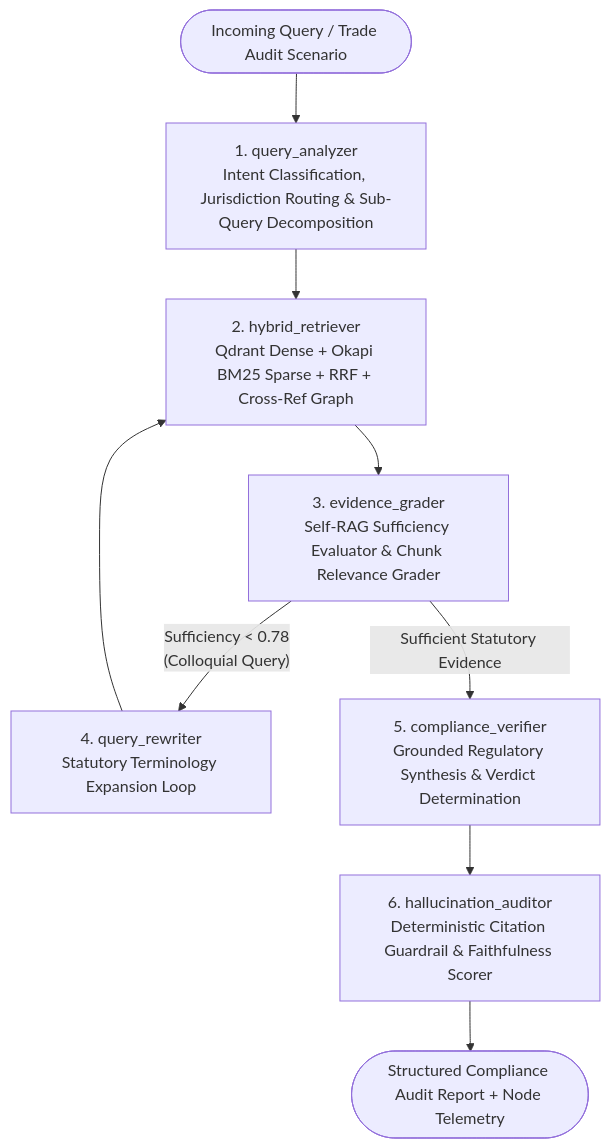
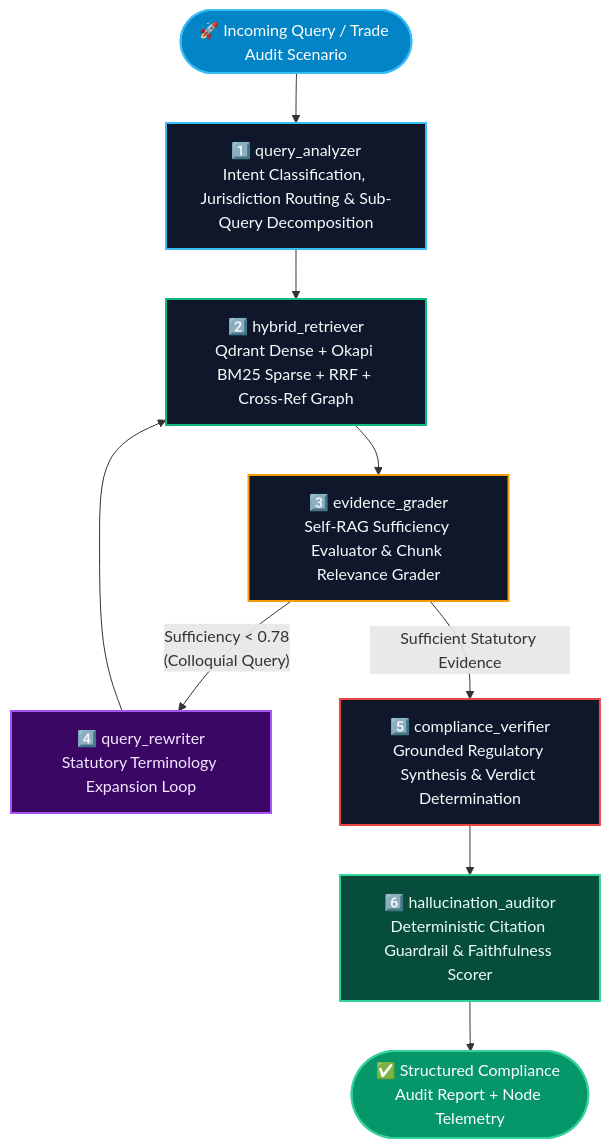
One commit to meenub255/FinReg-Graph-Agentic-Regulatory-Compliance-Market-Surveillance-RAG-Engine changed the second of 2 diagrams in README.md. Above: the diagram before and after it, drawn with Mermaid. The commit also changed other lines of this file and 7 other files, not shown here.

````diff
--- a/README.md
+++ b/README.md
@@ -66,11 +117,20 @@
 ```mermaid
 flowchart TD
-    START(["Incoming Query / Trade Audit Scenario"]) --> N1["1. query_analyzer\nIntent Classification, Jurisdiction Routing & Sub-Query Decomposition"]
-    N1 --> N2["2. hybrid_retriever\nQdrant Dense + Okapi BM25 Sparse + RRF + Cross-Ref Graph"]
-    N2 --> N3["3. evidence_grader\nSelf-RAG Sufficiency Evaluator & Chunk Relevance Grader"]
-    N3 -- "Sufficiency < 0.78\n(Colloquial Query)" --> N4["4. query_rewriter\nStatutory Terminology Expansion Loop"]
+    START(["🚀 Incoming Query / Trade Audit Scenario"]) --> N1["1️⃣ query_analyzer\nIntent Classification, Jurisdiction Routing & Sub-Query Decomposition"]
+    N1 --> N2["2️⃣ hybrid_retriever\nQdrant Dense + Okapi BM25 Sparse + RRF + Cross-Ref Graph"]
+    N2 --> N3["3️⃣ evidence_grader\nSelf-RAG Sufficiency Evaluator & Chunk Relevance Grader"]
+    N3 -- "Sufficiency < 0.78\n(Colloquial Query)" --> N4["4️⃣ query_rewriter\nStatutory Terminology Expansion Loop"]
     N4 --> N2
-    N3 -- "Sufficient Statutory Evidence" --> N5["5. compliance_verifier\nGrounded Regulatory Synthesis & Verdict Determination"]
-    N5 --> N6["6. hallucination_auditor\nDeterministic Citation Guardrail & Faithfulness Scorer"]
-    N6 --> END_NODE(["Structured Compliance Audit Report + Node Telemetry"])
+    N3 -- "Sufficient Statutory Evidence" --> N5["5️⃣ compliance_verifier\nGrounded Regulatory Synthesis & Verdict Determination"]
+    N5 --> N6["6️⃣ hallucination_auditor\nDeterministic Citation Guardrail & Faithfulness Scorer"]
+    N6 --> END_NODE(["✅ Structured Compliance Audit Report + Node Telemetry"])
+
+    style START fill:#0284c7,stroke:#38bdf8,stroke-width:2px,color:#ffffff
+    style N1 fill:#0f172a,stroke:#38bdf8,stroke-width:2px,color:#f8fafc
+    style N2 fill:#0f172a,stroke:#10b981,stroke-width:2px,color:#f8fafc
+    style N3 fill:#0f172a,stroke:#f59e0b,stroke-width:2px,color:#f8fafc
+    style N4 fill:#3b0764,stroke:#a855f7,stroke-width:2px,color:#f3e8ff
+    style N5 fill:#0f172a,stroke:#ef4444,stroke-width:2px,color:#f8fafc
+    style N6 fill:#064e3b,stroke:#34d399,stroke-width:2px,color:#ecfdf5
+    style END_NODE fill:#059669,stroke:#34d399,stroke-width:2px,color:#ffffff
 ```
````
